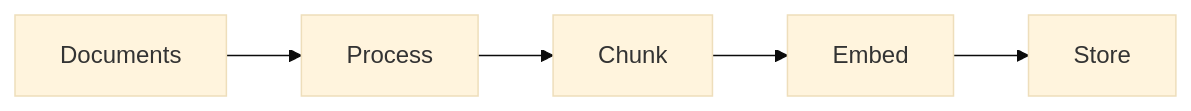
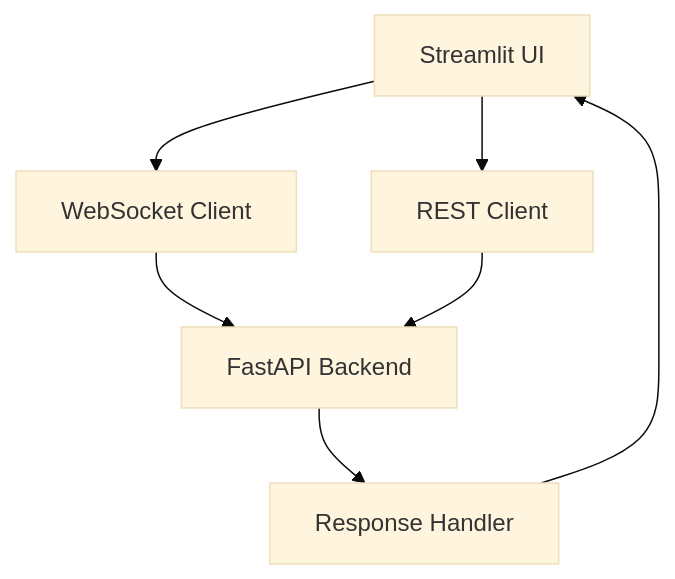
Before and after one commit to joybratasarkar/career-guidance-rag: the first of 3 diagrams in Readme.md, drawn with Mermaid (base theme). The commit also changed other lines of this file and 11 other files, not shown here.

First line of the commit message:
feat: Implement Dockerized FastAPI and Streamlit application with Redis and MongoDB support

````diff
--- a/Readme.md
+++ b/Readme.md
@@ -186,7 +336,9 @@
 ```mermaid
-graph LR
-    A[Documents] --> B[Process]
-    B --> C[Chunk]
-    C --> D[Embed]
-    D --> E[Store]
+graph TB
+    A[Streamlit UI] --> B[WebSocket Client]
+    A --> C[REST Client]
+    B --> D[FastAPI Backend]
+    C --> D
+    D --> E[Response Handler]
+    E --> A
 ```
````
